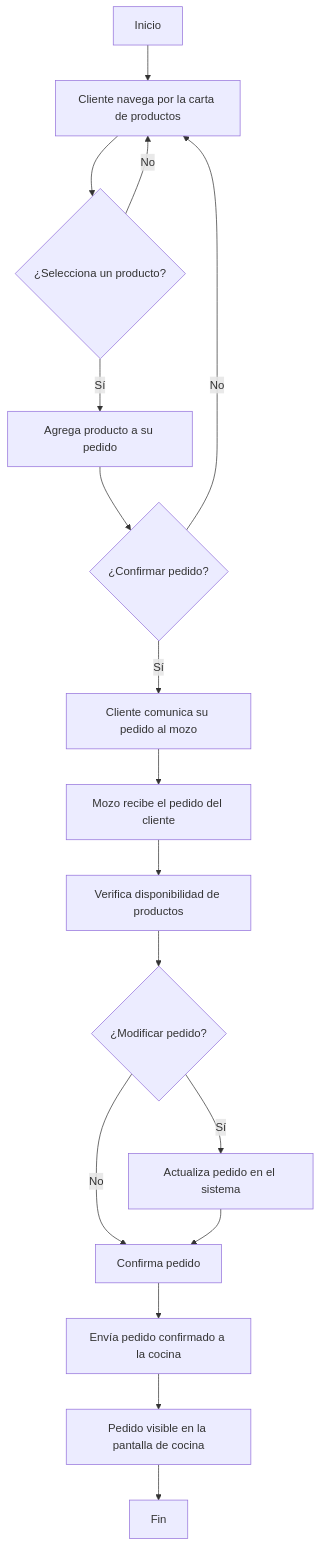
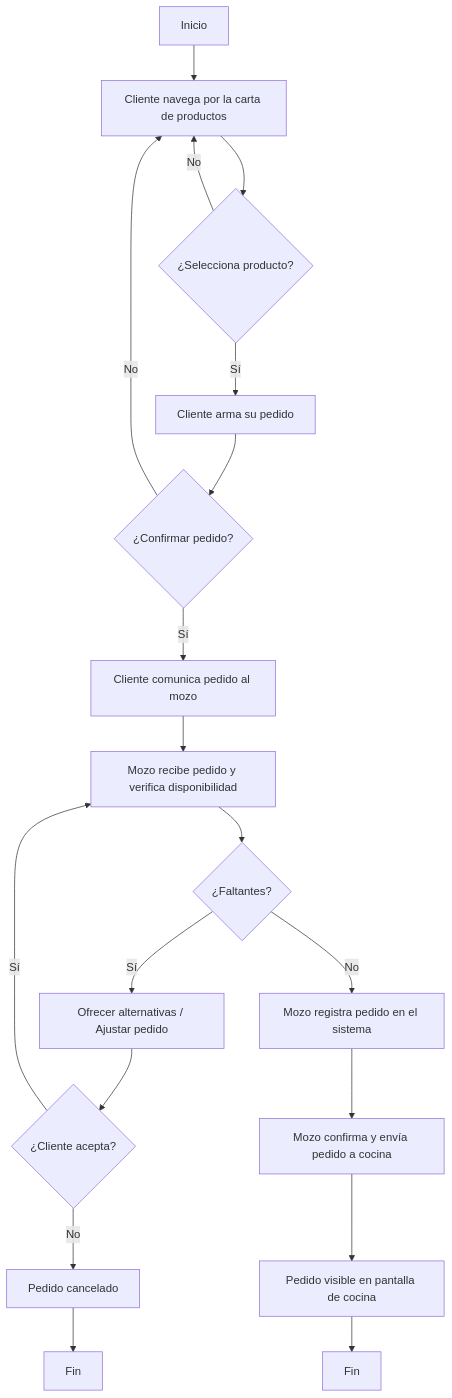
Before and after one commit to betoportugalc/ProyectoCafecito: the first of 2 diagrams in Diagramas_De_Flujo.md, drawn with Mermaid. The commit also changed other lines of this file, not shown here.

````diff
--- a/Diagramas_De_Flujo.md
+++ b/Diagramas_De_Flujo.md
@@ -3,19 +3,21 @@
 ```mermaid
 flowchart TD
     A[Inicio] --> B[Cliente navega por la carta de productos]
-    B --> C{¿Selecciona un producto?}
+    B --> C{¿Selecciona producto?}
     C -->|No| B
-    C -->|Sí| D[Agrega producto a su pedido]
+    C -->|Sí| D[Cliente arma su pedido]
     D --> E{¿Confirmar pedido?}
     E -->|No| B
-    E -->|Sí| F[Cliente comunica su pedido al mozo]
-    F --> G[Mozo recibe el pedido del cliente]
-    G --> H[Verifica disponibilidad de productos]
-    H --> I{¿Modificar pedido?}
-    I -->|Sí| J[Actualiza pedido en el sistema]
-    I -->|No| K[Confirma pedido]
-    J --> K
-    K --> L[Envía pedido confirmado a la cocina]
-    L --> M[Pedido visible en la pantalla de cocina]
-    M --> N[Fin]
+    E -->|Sí| F[Cliente comunica pedido al mozo]
+    F --> G[Mozo recibe pedido y verifica disponibilidad]
+    G --> H{¿Faltantes?}
+    H -->|Sí| I[Ofrecer alternativas / Ajustar pedido]
+    I --> J{¿Cliente acepta?}
+    J -->|No| K[Pedido cancelado] --> Z[Fin]
+    J -->|Sí| G
+    H -->|No| L[Mozo registra pedido en el sistema]
+    L --> M[Mozo confirma y envía pedido a cocina]
+    M --> N[Pedido visible en pantalla de cocina]
+    N --> O[Fin]
+
 ```
````
